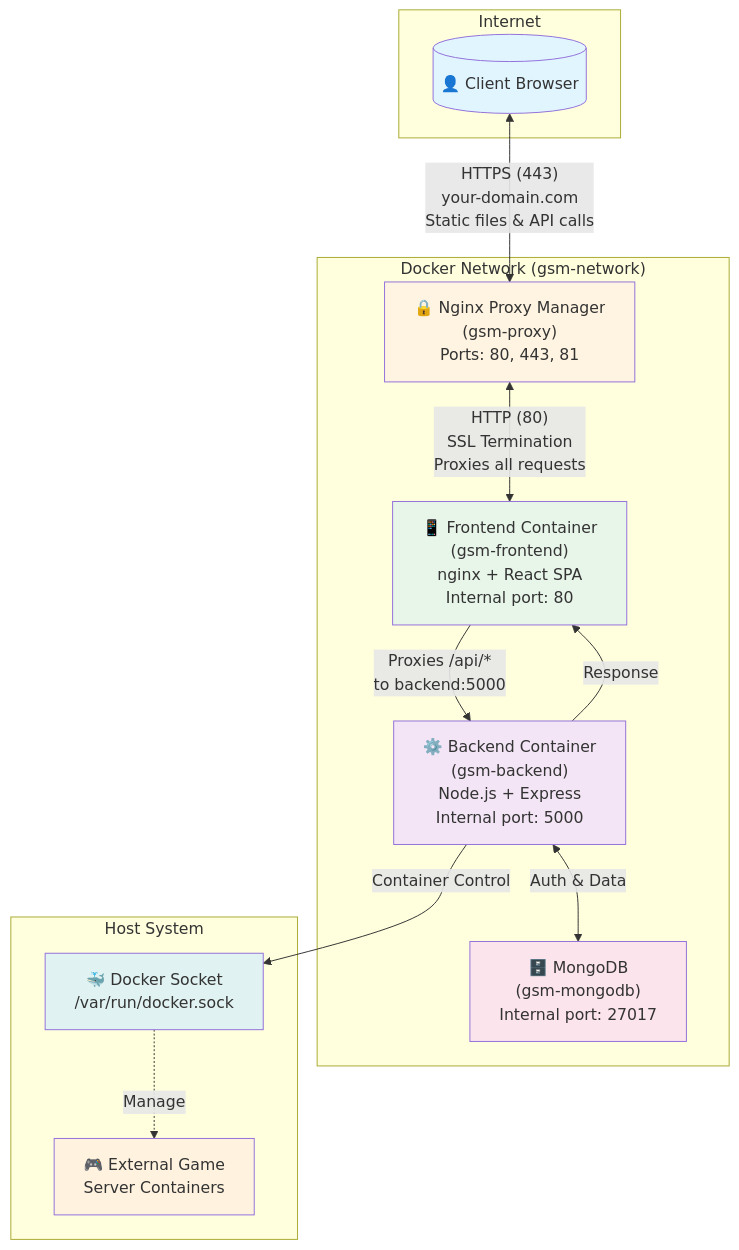
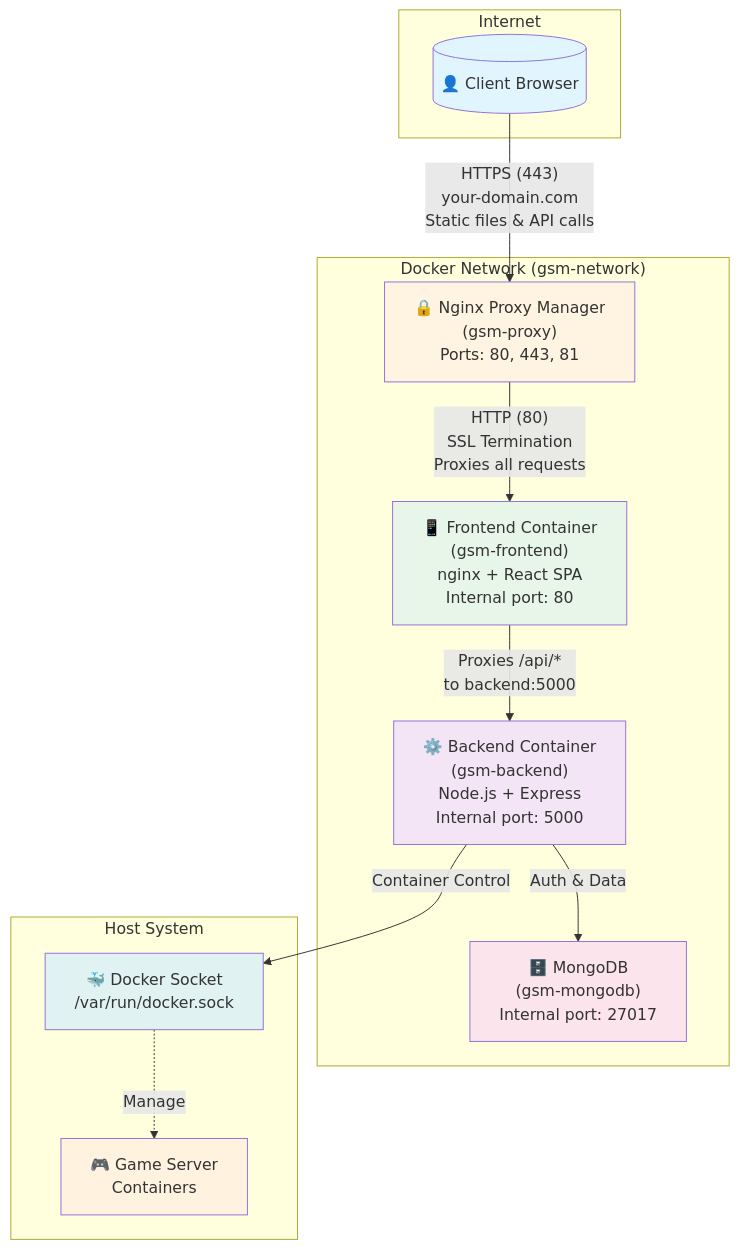
The diagram in docs/architecture.md (michaelsstuff/gsm), drawn with Mermaid before and after one commit. The commit also changed other lines of this file and 1 other file, not shown here.

Commit message:
docs: fix architecture diagram arrows

````diff
--- a/docs/architecture.md
+++ b/docs/architecture.md
@@ -7,42 +7,41 @@
 ```mermaid
 flowchart TB
     Client[("👤 Client Browser")]
     NPM["🔒 Nginx Proxy Manager<br/>(gsm-proxy)<br/>Ports: 80, 443, 81"]
     Frontend["📱 Frontend Container<br/>(gsm-frontend)<br/>nginx + React SPA<br/>Internal port: 80"]
     Backend["⚙️ Backend Container<br/>(gsm-backend)<br/>Node.js + Express<br/>Internal port: 5000"]
     MongoDB["🗄️ MongoDB<br/>(gsm-mongodb)<br/>Internal port: 27017"]
     Docker["🐳 Docker Socket<br/>/var/run/docker.sock"]
-    GameServers["🎮 External Game<br/>Server Containers"]
+    GameServers["🎮 Game Server<br/>Containers"]
     
-    Client <-->|"HTTPS (443)<br/>your-domain.com<br/>Static files & API calls"| NPM
-    NPM <-->|"HTTP (80)<br/>SSL Termination<br/>Proxies all requests"| Frontend
+    Client -->|"HTTPS (443)<br/>your-domain.com<br/>Static files & API calls"| NPM
+    NPM -->|"HTTP (80)<br/>SSL Termination<br/>Proxies all requests"| Frontend
     Frontend -->|"Proxies /api/*<br/>to backend:5000"| Backend
-    Backend -->|"Response"| Frontend
-    Backend <-->|"Auth & Data"| MongoDB
+    Backend -->|"Auth & Data"| MongoDB
     Backend -->|"Container Control"| Docker
     Docker -.->|"Manage"| GameServers
     
     style Client fill:#e1f5ff
     style NPM fill:#fff4e1
     style Frontend fill:#e8f5e9
     style Backend fill:#f3e5f5
     style MongoDB fill:#fce4ec
     style Docker fill:#e0f2f1
     style GameServers fill:#fff3e0
     
     subgraph "Internet"
         Client
     end
     
     subgraph "Docker Network (gsm-network)"
         NPM
         Frontend
         Backend
         MongoDB
     end
     
     subgraph "Host System"
         Docker
         GameServers
     end
 ```
````
